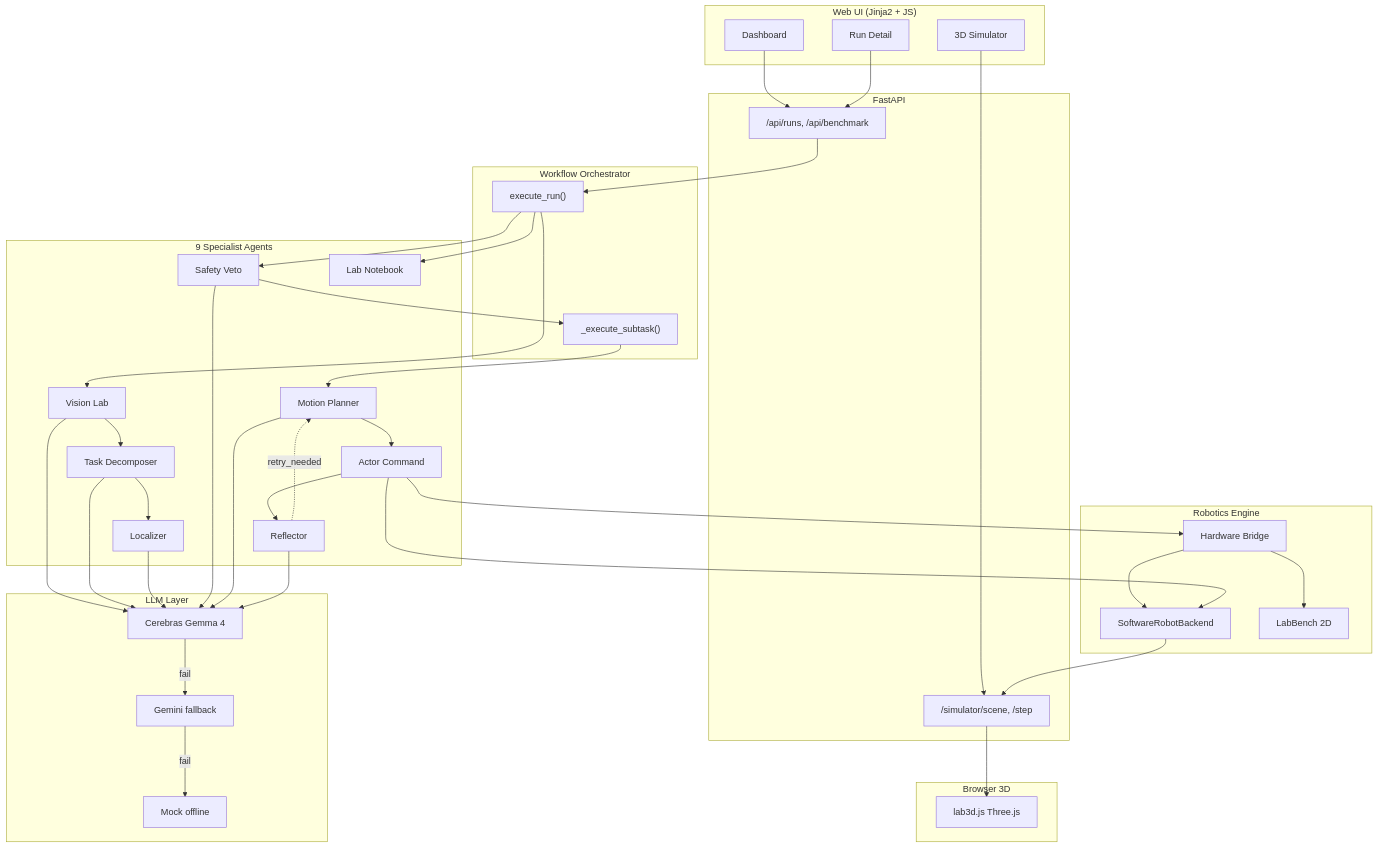
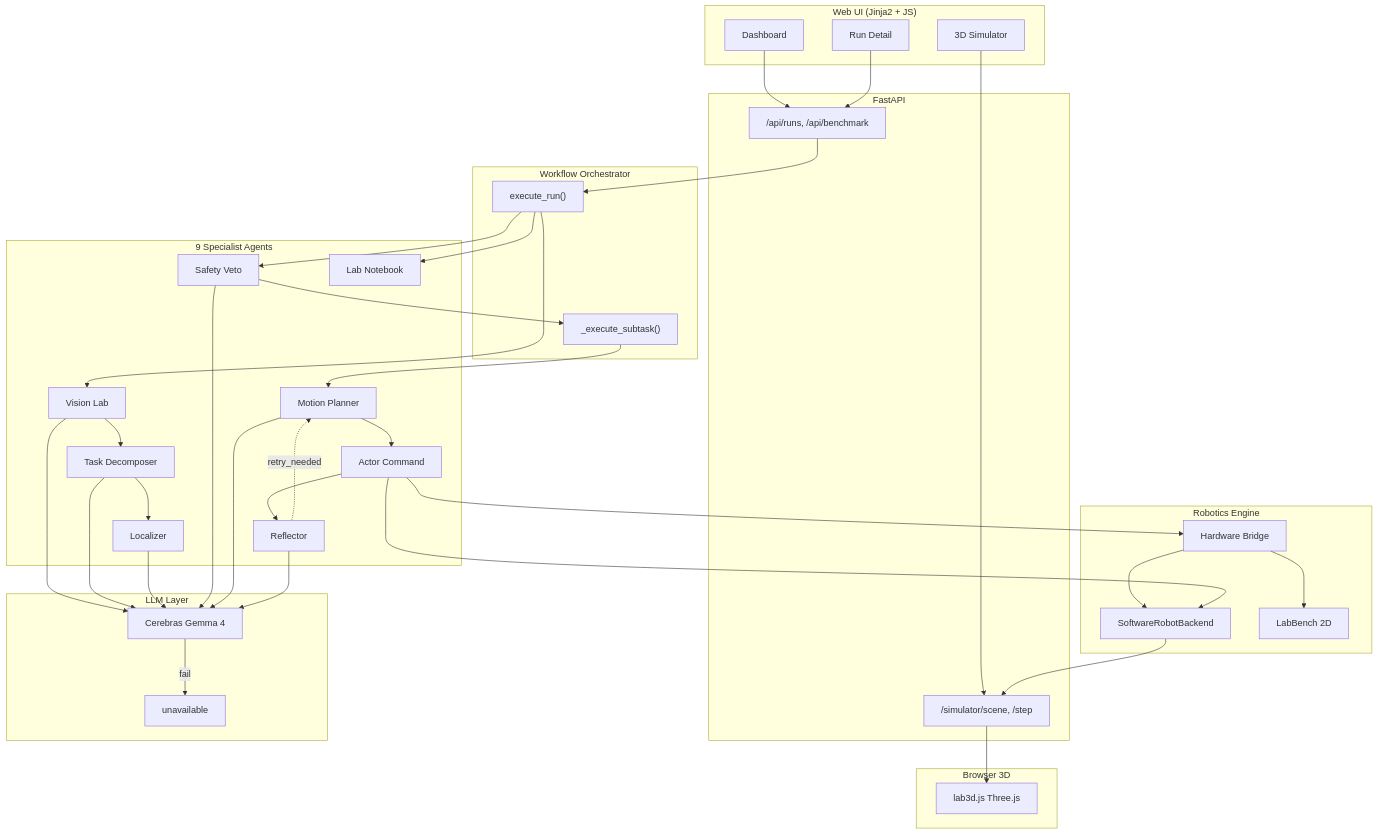
The first of 3 diagrams in DESIGN.md (SahilRakhaiya05/VialPilot), drawn with Mermaid before and after one commit. The commit also changed other lines of this file and 24 other files, not shown here.

First line of the commit message:
feat: Cerebras Gemma 4 only — remove Gemini and mock mode

````diff
--- a/DESIGN.md
+++ b/DESIGN.md
@@ -25,63 +25,61 @@
 ```mermaid
 flowchart TB
     subgraph UI["Web UI (Jinja2 + JS)"]
         DASH[Dashboard]
         SIM[3D Simulator]
         RUN[Run Detail]
     end
 
     subgraph API["FastAPI"]
         ROUTES["/api/runs, /api/benchmark"]
         SIMR["/simulator/scene, /step"]
     end
 
     subgraph WF["Workflow Orchestrator"]
         EXEC["execute_run()"]
         SUB["_execute_subtask()"]
     end
 
     subgraph AGENTS["9 Specialist Agents"]
         V[Vision Lab]
         TD[Task Decomposer]
         L[Localizer]
         S[Safety Veto]
         MP[Motion Planner]
         A[Actor Command]
         R[Reflector]
         NB[Lab Notebook]
     end
 
     subgraph LLM["LLM Layer"]
         CB["Cerebras Gemma 4"]
-        GM[Gemini fallback]
-        MK[Mock offline]
+        ERR[unavailable]
     end
 
     subgraph ROBOT["Robotics Engine"]
         SR[SoftwareRobotBackend]
         LB[LabBench 2D]
         BR[Hardware Bridge]
     end
 
     subgraph FE["Browser 3D"]
         L3D[lab3d.js Three.js]
     end
 
     DASH --> ROUTES
     SIM --> SIMR
     RUN --> ROUTES
     ROUTES --> EXEC
     EXEC --> V --> TD --> L
     EXEC --> S --> SUB
     SUB --> MP --> A --> R
     R -.->|retry_needed| MP
     EXEC --> NB
     V & TD & L & S & MP & R --> CB
-    CB -->|fail| GM
-    GM -->|fail| MK
+    CB -->|fail| ERR
     A --> BR --> SR
     BR --> LB
     SR --> SIMR
     SIMR --> L3D
     A --> SR
 ```
````
